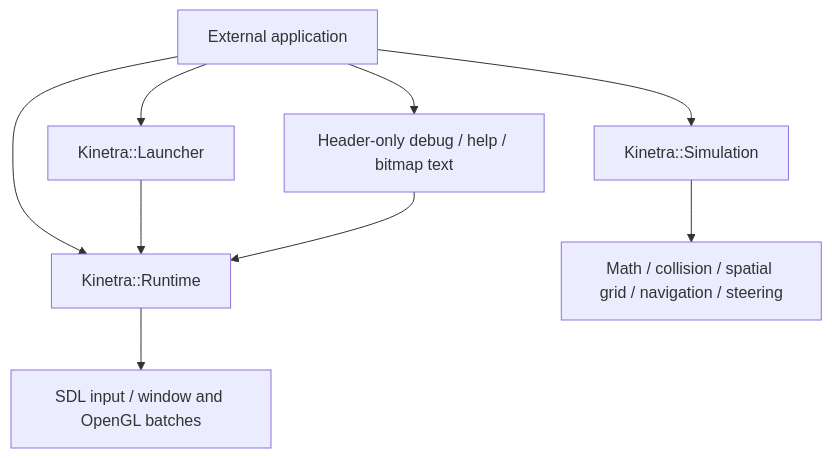
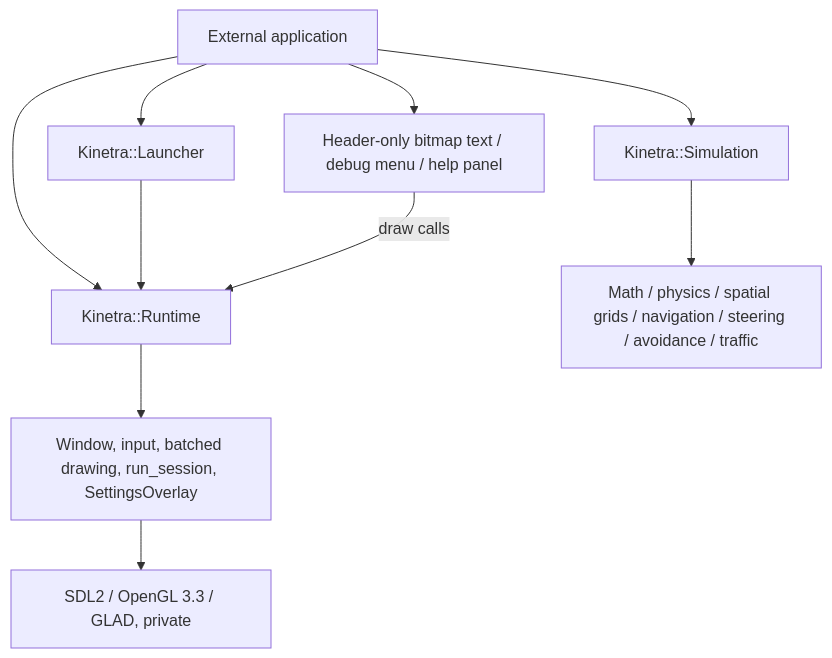
Before and after one commit to SMB-M87/Kinetra: the second of 4 diagrams in docs/architecture.md, drawn with Mermaid. The commit also changed other lines of this file and 5 other files, not shown here.

````diff
--- a/docs/architecture.md
+++ b/docs/architecture.md
@@ -31,11 +31,12 @@
 ```mermaid
 flowchart TD
-    App[External application] --> Runtime[Kinetra::Runtime]
+    App[External application] --> Sim[Kinetra::Simulation]
+    App --> Runtime[Kinetra::Runtime]
     App --> Launcher[Kinetra::Launcher]
     Launcher --> Runtime
-    App --> Sim[Kinetra::Simulation]
-    App --> UI[Header-only debug / help / bitmap text]
-    UI --> Runtime
-    Sim --> Headless[Math / collision / spatial grid / navigation / steering]
-    Runtime --> Platform[SDL input / window and OpenGL batches]
+    App --> UI[Header-only bitmap text / debug menu / help panel]
+    UI -->|draw calls| Runtime
+    Sim --> Headless[Math / physics / spatial grids / navigation / steering / avoidance / traffic]
+    Runtime --> Parts[Window, input, batched drawing, run_session, SettingsOverlay]
+    Parts --> Platform[SDL2 / OpenGL 3.3 / GLAD, private]
 ```
````
